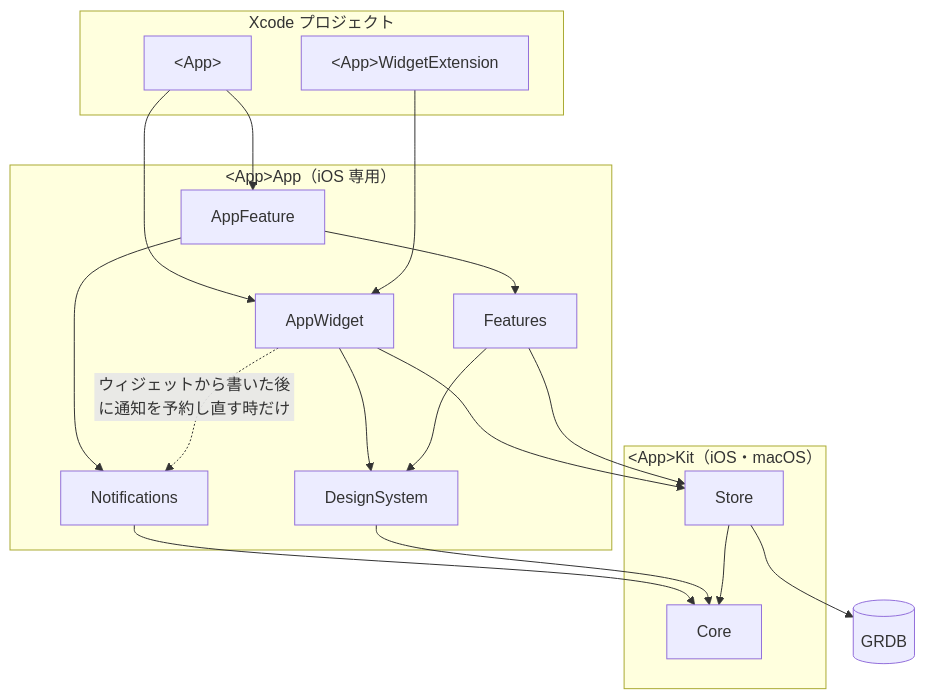
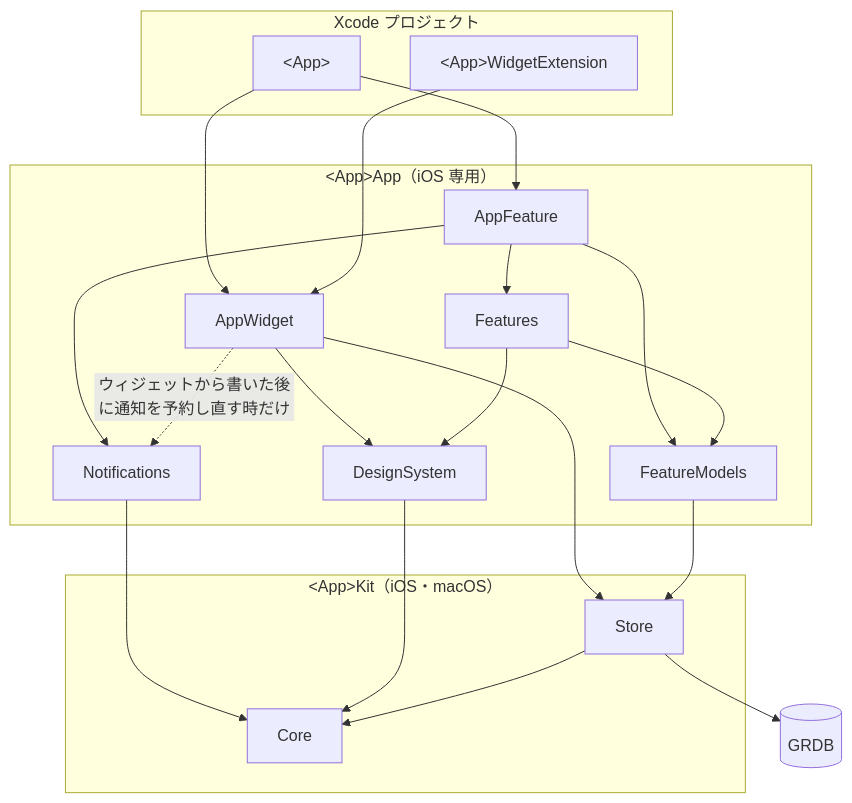
One commit to yossibank/claude-config changed the diagram in docs/app/ios-architecture.md. Above: the diagram before and after it, drawn with Mermaid. The commit also changed other lines of this file and 26 other files, not shown here.

````diff
--- a/docs/app/ios-architecture.md
+++ b/docs/app/ios-architecture.md
@@ -19,34 +19,37 @@
 ```mermaid
 flowchart TB
     subgraph xcode["Xcode プロジェクト"]
         App["&lt;App&gt;"]
         Widget["&lt;App&gt;WidgetExtension"]
     end
     subgraph app["&lt;App&gt;App（iOS 専用）"]
         AppFeature
         AppWidget
         Features
+        FeatureModels
         Notifications
         DesignSystem
     end
     subgraph kit["&lt;App&gt;Kit（iOS・macOS）"]
         Store
         Core
     end
     GRDB[("GRDB")]
 
     App --> AppFeature
     App --> AppWidget
     Widget --> AppWidget
     AppFeature --> Features
+    AppFeature --> FeatureModels
     AppFeature --> Notifications
     AppWidget -.->|ウィジェットから書いた後に通知を予約し直す時だけ| Notifications
     AppWidget --> Store
     AppWidget --> DesignSystem
-    Features --> Store
+    Features --> FeatureModels
     Features --> DesignSystem
+    FeatureModels --> Store
     Notifications --> Core
     DesignSystem --> Core
     Store --> Core
     Store --> GRDB
 ```
````
